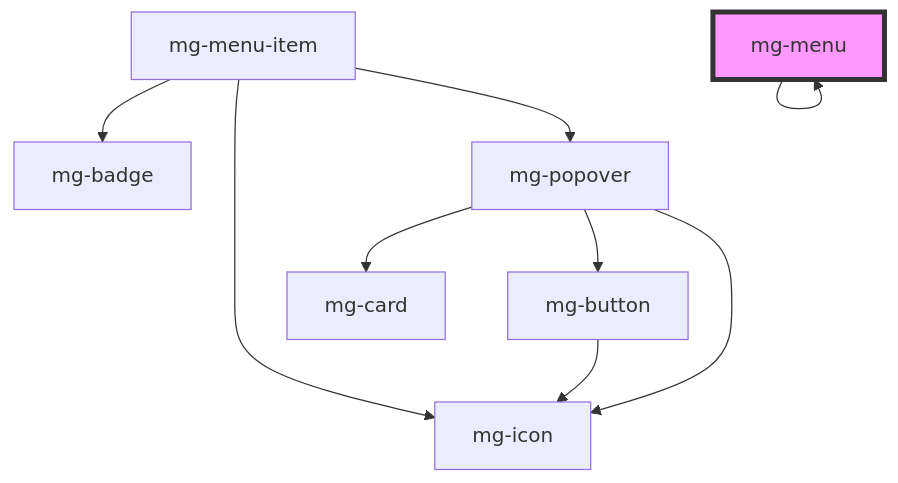
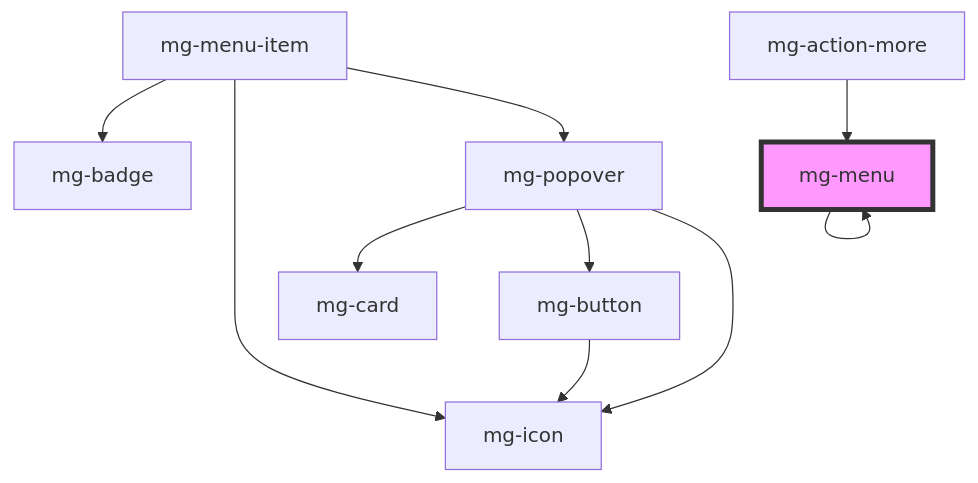
One commit to MGDIS/mg-components changed the diagram in src/components/molecules/menu/mg-menu/readme.md. Above: the diagram before and after it, drawn with Mermaid. The commit also changed other lines of this file and 24 other files, not shown here.

First line of the commit message:
feat(mgActionMore): remove issue in changelog

````diff
--- a/src/components/molecules/menu/mg-menu/readme.md
+++ b/src/components/molecules/menu/mg-menu/readme.md
@@ -153,12 +154,13 @@
 ```mermaid
 graph TD;
   mg-menu --> mg-menu
   mg-menu-item --> mg-badge
   mg-menu-item --> mg-icon
   mg-menu-item --> mg-popover
   mg-popover --> mg-card
   mg-popover --> mg-button
   mg-popover --> mg-icon
   mg-button --> mg-icon
+  mg-action-more --> mg-menu
   style mg-menu fill:#f9f,stroke:#333,stroke-width:4px
 ```
````
